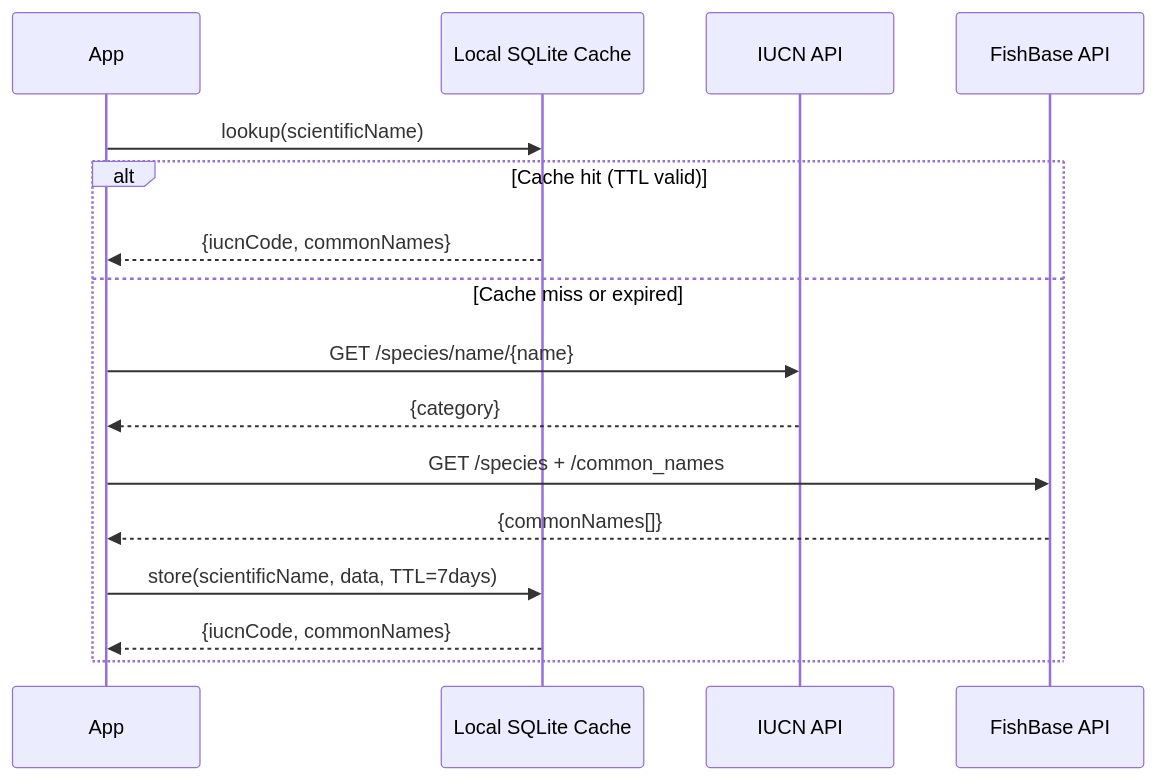
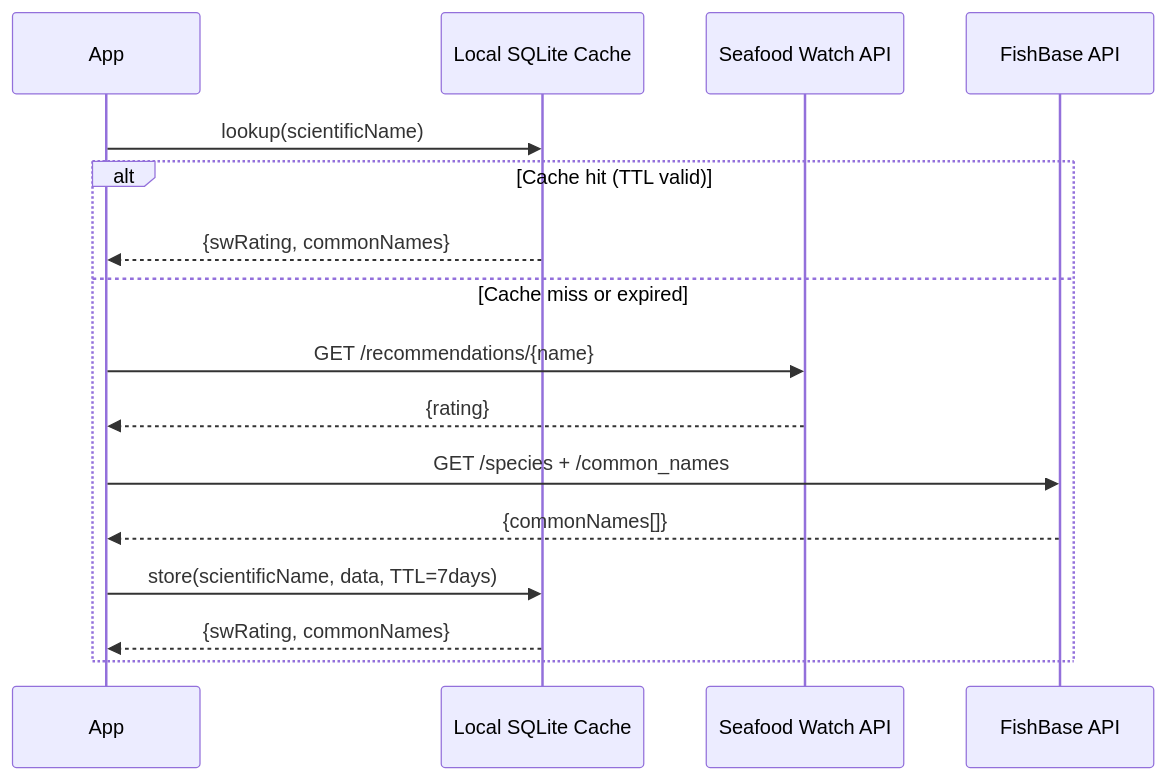
Before and after one commit to ruimcoder/ecopal: the diagram in docs/adr/003-species-data-strategy.md, drawn with Mermaid. The commit also changed other lines of this file, not shown here.

First line of the commit message:
docs: remove all actionable IUCN impl details from ADR-003

````diff
--- a/docs/adr/003-species-data-strategy.md
+++ b/docs/adr/003-species-data-strategy.md
@@ -47,19 +50,19 @@
 ```mermaid
 sequenceDiagram
     participant App
     participant SQLite as Local SQLite Cache
-    participant IUCN as IUCN API
+    participant SW as Seafood Watch API
     participant FB as FishBase API
 
     App->>SQLite: lookup(scientificName)
     alt Cache hit (TTL valid)
-        SQLite-->>App: {iucnCode, commonNames}
+        SQLite-->>App: {swRating, commonNames}
     else Cache miss or expired
-        App->>IUCN: GET /species/name/{name}
-        IUCN-->>App: {category}
+        App->>SW: GET /recommendations/{name}
+        SW-->>App: {rating}
         App->>FB: GET /species + /common_names
         FB-->>App: {commonNames[]}
         App->>SQLite: store(scientificName, data, TTL=7days)
-        SQLite-->>App: {iucnCode, commonNames}
+        SQLite-->>App: {swRating, commonNames}
     end
 ```
````
